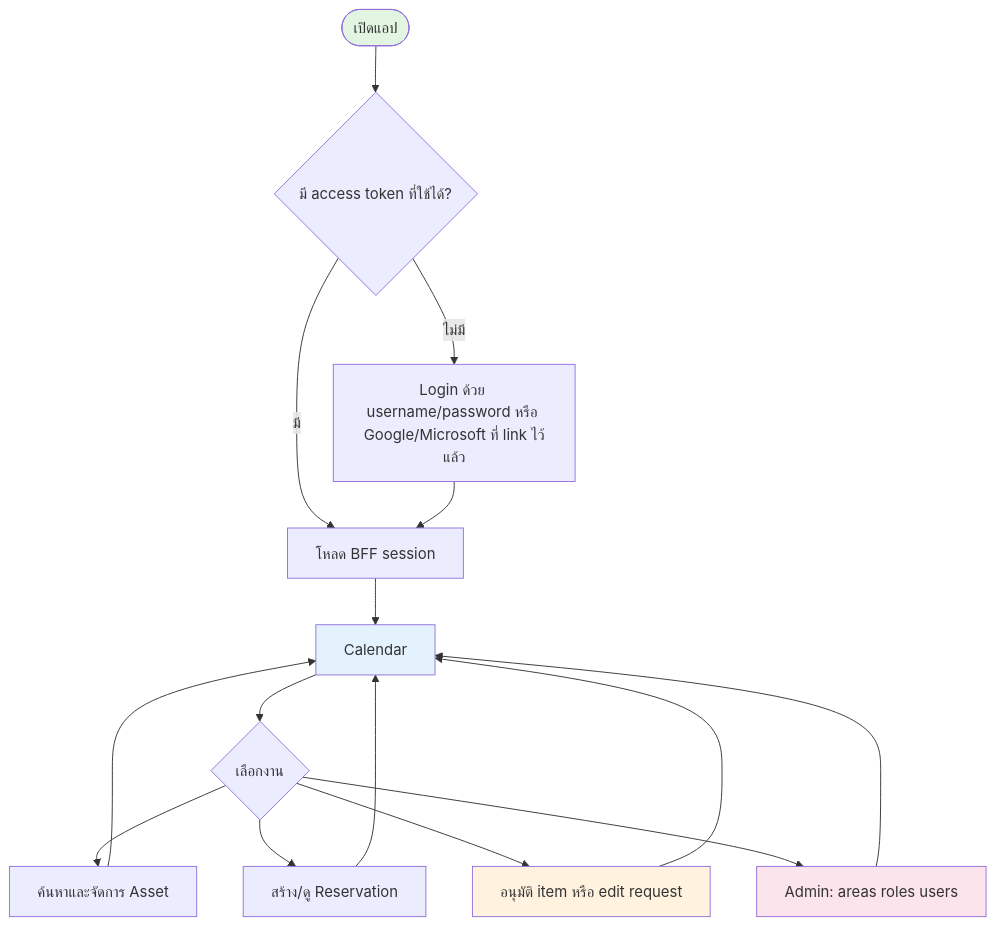
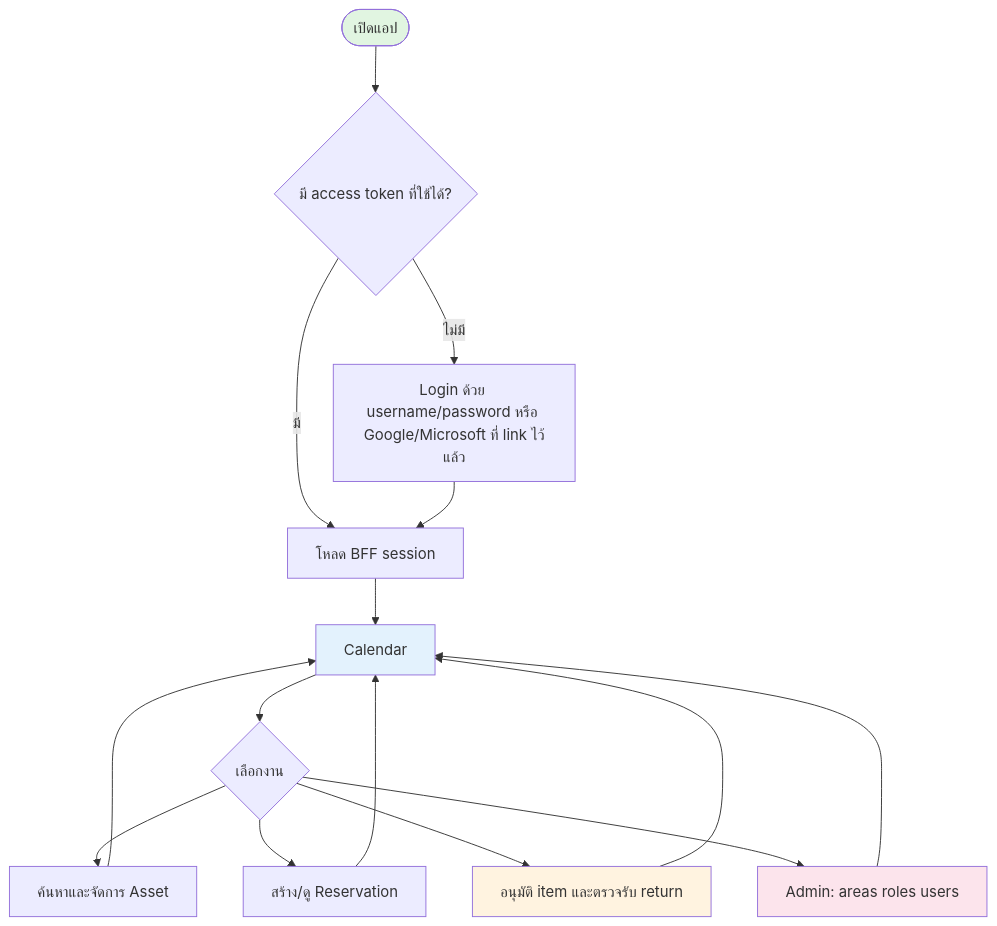
Before and after one commit to Faiisu/asset-reserve: the first of 2 diagrams in docs/status/implementation-status.md, drawn with Mermaid. The commit also changed other lines of this file and 41 other files, not shown here.

````diff
--- a/docs/status/implementation-status.md
+++ b/docs/status/implementation-status.md
@@ -11,22 +11,22 @@
 ```mermaid
 flowchart TB
     A([เปิดแอป]) --> B{มี access token ที่ใช้ได้?}
     B -->|ไม่มี| C[Login ด้วย username/password หรือ Google/Microsoft ที่ link ไว้แล้ว]
     B -->|มี| D[โหลด BFF session]
     C --> D
     D --> E[Calendar]
     E --> F{เลือกงาน}
     F --> G[ค้นหาและจัดการ Asset]
     F --> H[สร้าง/ดู Reservation]
-    F --> I[อนุมัติ item หรือ edit request]
+    F --> I[อนุมัติ item และตรวจรับ return]
     F --> J[Admin: areas roles users]
     G --> E
     H --> E
     I --> E
     J --> E
 
     style A fill:#e1f5e1
     style E fill:#e3f2fd
     style I fill:#fff3e0
     style J fill:#fce4ec
 ```
````
